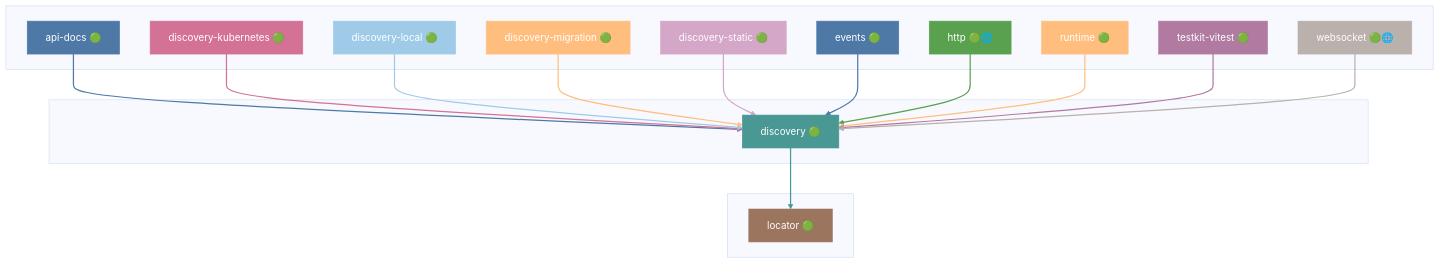
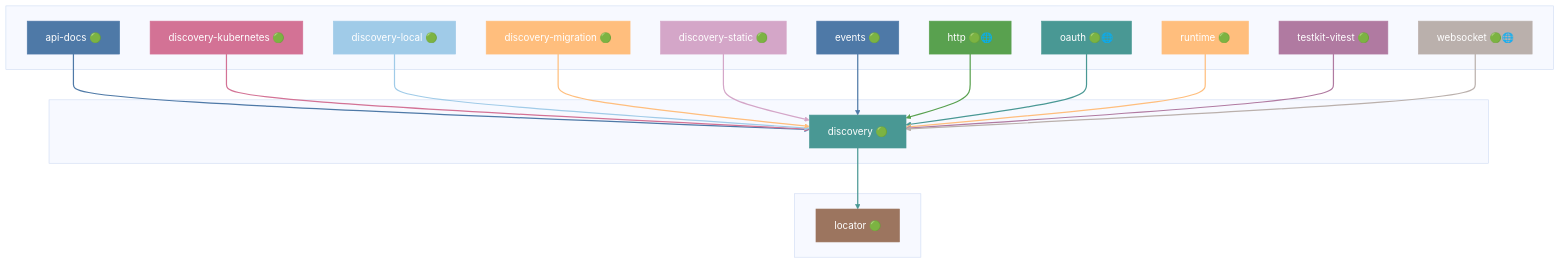
Diagram 15 of 47 in docs/DEPENDENCIES.md (grest-ts/grest-ts), drawn with Mermaid (base theme) before and after one commit. The commit also changed other lines of this file and 4 other files, not shown here.

Commit message:
oauth: register /oauth and /.well-known with discovery; lazy first-party clients

````diff
--- a/docs/DEPENDENCIES.md
+++ b/docs/DEPENDENCIES.md
@@ -887,55 +891,59 @@
 ```mermaid
 flowchart TB
     subgraph Dependents[" "]
         api-docs["api-docs 🟢"]
         discovery-kubernetes["discovery-kubernetes 🟢"]
         discovery-local["discovery-local 🟢"]
         discovery-migration["discovery-migration 🟢"]
         discovery-static["discovery-static 🟢"]
         events["events 🟢"]
         http["http 🟢🌐"]
+        oauth["oauth 🟢🌐"]
         runtime["runtime 🟢"]
         testkit-vitest["testkit-vitest 🟢"]
         websocket["websocket 🟢🌐"]
     end
     subgraph Package[" "]
         discovery["discovery 🟢"]
     end
     subgraph Dependencies[" "]
         locator["locator 🟢"]
     end
     api-docs --> discovery
     discovery-kubernetes --> discovery
     discovery-local --> discovery
     discovery-migration --> discovery
     discovery-static --> discovery
     events --> discovery
     http --> discovery
+    oauth --> discovery
     runtime --> discovery
     testkit-vitest --> discovery
     websocket --> discovery
     discovery --> locator
     style discovery fill:#499894,stroke:#499894,color:#fff
     style api-docs fill:#4E79A7,stroke:#4E79A7,color:#fff
     style discovery-kubernetes fill:#D37295,stroke:#D37295,color:#fff
     style discovery-local fill:#A0CBE8,stroke:#A0CBE8,color:#fff
     style discovery-migration fill:#FFBE7D,stroke:#FFBE7D,color:#fff
     style discovery-static fill:#D4A6C8,stroke:#D4A6C8,color:#fff
     style events fill:#4E79A7,stroke:#4E79A7,color:#fff
     style http fill:#59A14F,stroke:#59A14F,color:#fff
+    style oauth fill:#499894,stroke:#499894,color:#fff
     style runtime fill:#FFBE7D,stroke:#FFBE7D,color:#fff
     style testkit-vitest fill:#B07AA1,stroke:#B07AA1,color:#fff
     style websocket fill:#BAB0AC,stroke:#BAB0AC,color:#fff
     style locator fill:#9C755F,stroke:#9C755F,color:#fff
     linkStyle 0 stroke:#4E79A7,stroke-width:2px
     linkStyle 1 stroke:#D37295,stroke-width:2px
     linkStyle 2 stroke:#A0CBE8,stroke-width:2px
     linkStyle 3 stroke:#FFBE7D,stroke-width:2px
     linkStyle 4 stroke:#D4A6C8,stroke-width:2px
     linkStyle 5 stroke:#4E79A7,stroke-width:2px
     linkStyle 6 stroke:#59A14F,stroke-width:2px
-    linkStyle 7 stroke:#FFBE7D,stroke-width:2px
-    linkStyle 8 stroke:#B07AA1,stroke-width:2px
-    linkStyle 9 stroke:#BAB0AC,stroke-width:2px
-    linkStyle 10 stroke:#499894,stroke-width:2px
+    linkStyle 7 stroke:#499894,stroke-width:2px
+    linkStyle 8 stroke:#FFBE7D,stroke-width:2px
+    linkStyle 9 stroke:#B07AA1,stroke-width:2px
+    linkStyle 10 stroke:#BAB0AC,stroke-width:2px
+    linkStyle 11 stroke:#499894,stroke-width:2px
 ```
````
